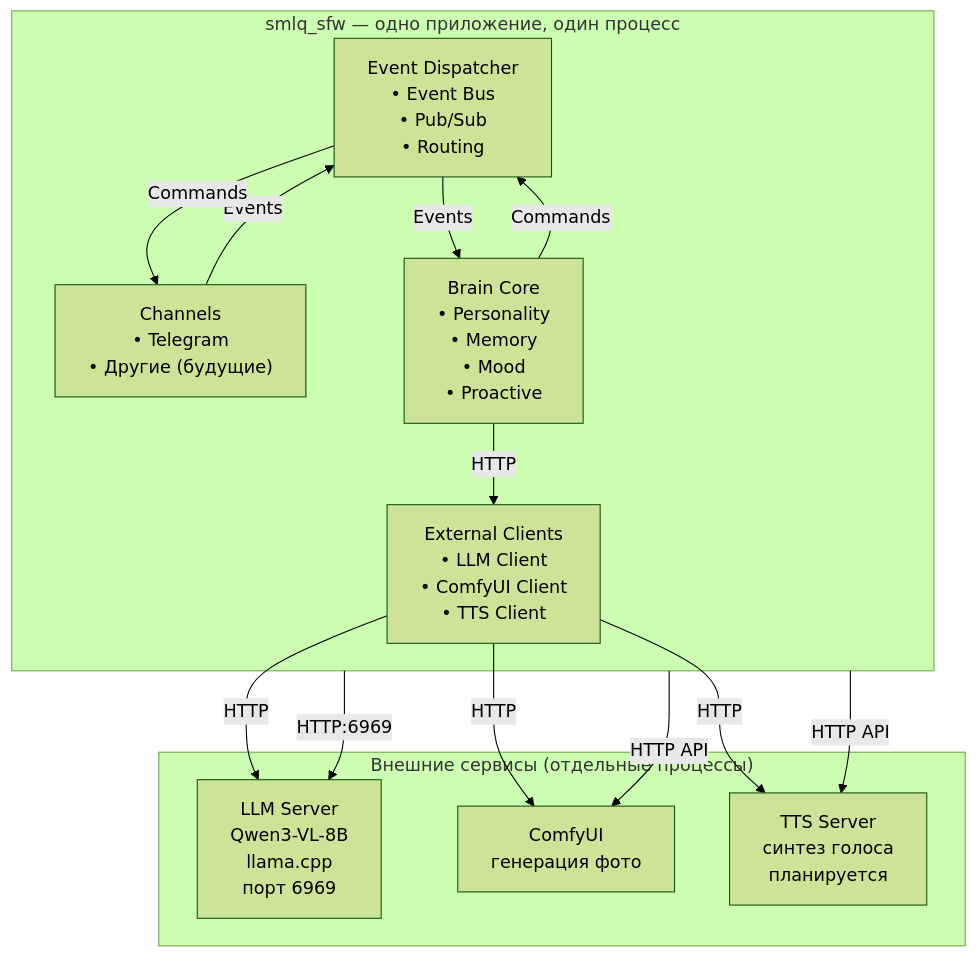
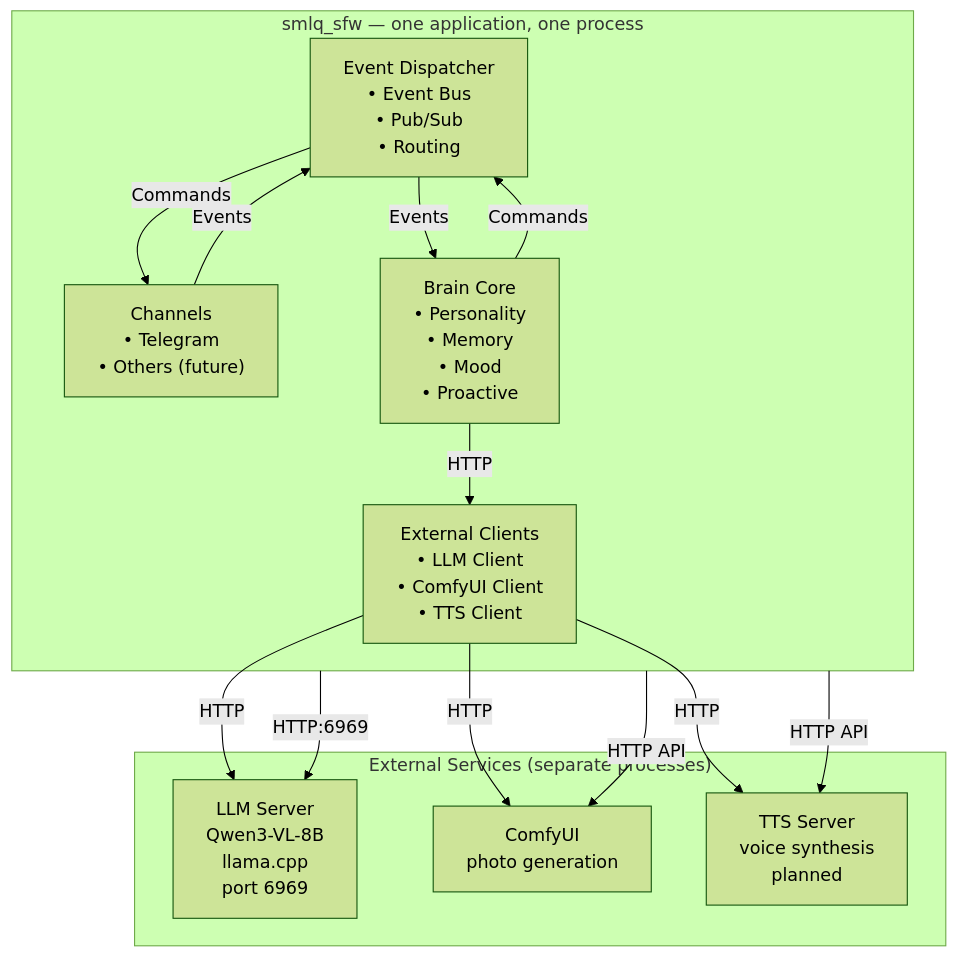
Before and after one commit to ai-warevo/smlq_sfw: the first of 2 diagrams in docs/PROJECT_CONTEXT.md, drawn with Mermaid (forest theme). The commit also changed other lines of this file and 26 other files, not shown here.

````diff
--- a/docs/PROJECT_CONTEXT.md
+++ b/docs/PROJECT_CONTEXT.md
@@ -41,28 +41,28 @@
 ```mermaid
 graph TB
-    subgraph ExternalServices["Внешние сервисы (отдельные процессы)"]
-        LLM["LLM Server<br/>Qwen3-VL-8B<br/>llama.cpp<br/>порт 6969"]
-        Comfy["ComfyUI<br/>генерация фото"]
-        TTS["TTS Server<br/>синтез голоса<br/>планируется"]
+    subgraph ExternalServices["External Services (separate processes)"]
+        LLM["LLM Server<br/>Qwen3-VL-8B<br/>llama.cpp<br/>port 6969"]
+        Comfy["ComfyUI<br/>photo generation"]
+        TTS["TTS Server<br/>voice synthesis<br/>planned"]
     end
 
-    subgraph SingleProcess["smlq_sfw — одно приложение, один процесс"]
+    subgraph SingleProcess["smlq_sfw — one application, one process"]
         Dispatcher["Event Dispatcher<br/>• Event Bus<br/>• Pub/Sub<br/>• Routing"]
-        Channels["Channels<br/>• Telegram<br/>• Другие (будущие)"]
+        Channels["Channels<br/>• Telegram<br/>• Others (future)"]
         Brain["Brain Core<br/>• Personality<br/>• Memory<br/>• Mood<br/>• Proactive"]
         ExternalClients["External Clients<br/>• LLM Client<br/>• ComfyUI Client<br/>• TTS Client"]
 
         Channels -->|Events| Dispatcher
         Dispatcher -->|Events| Brain
         Brain -->|Commands| Dispatcher
         Dispatcher -->|Commands| Channels
         Brain -->|HTTP| ExternalClients
         ExternalClients -->|HTTP| LLM
         ExternalClients -->|HTTP| Comfy
         ExternalClients -->|HTTP| TTS
     end
 
     SingleProcess -->|HTTP:6969| LLM
     SingleProcess -->|HTTP API| Comfy
     SingleProcess -->|HTTP API| TTS
 ```
````
